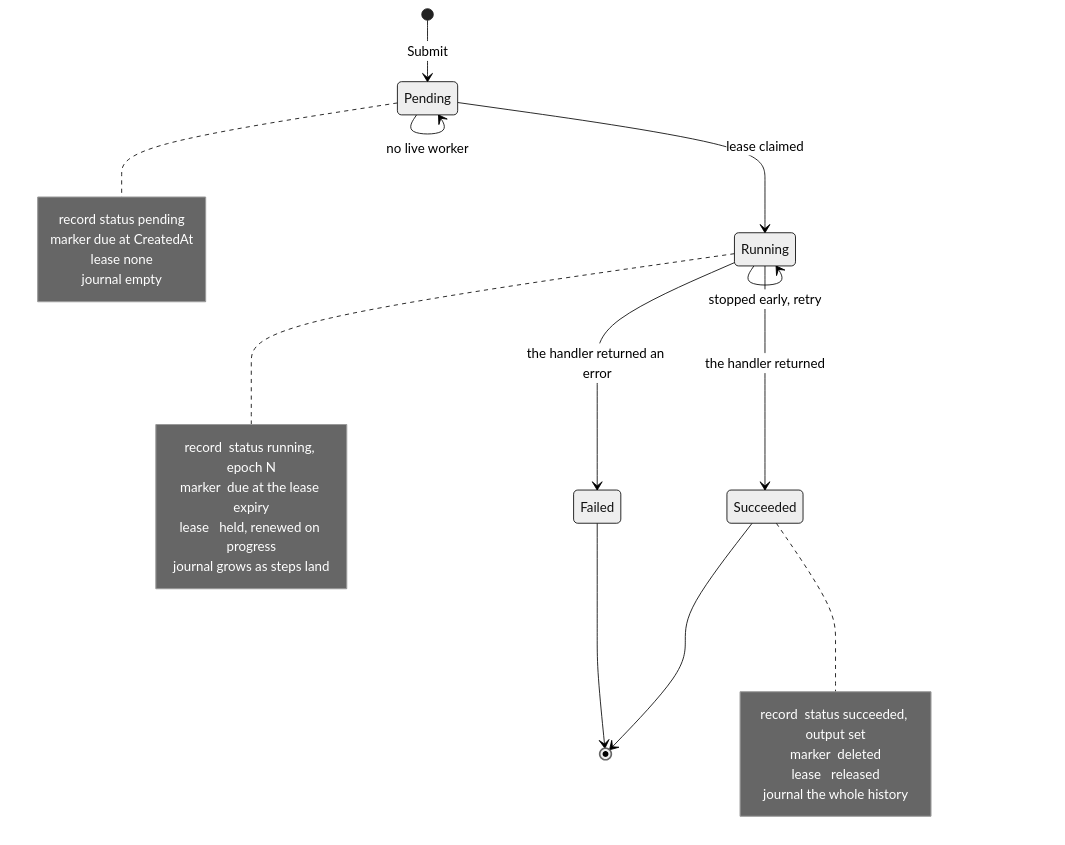
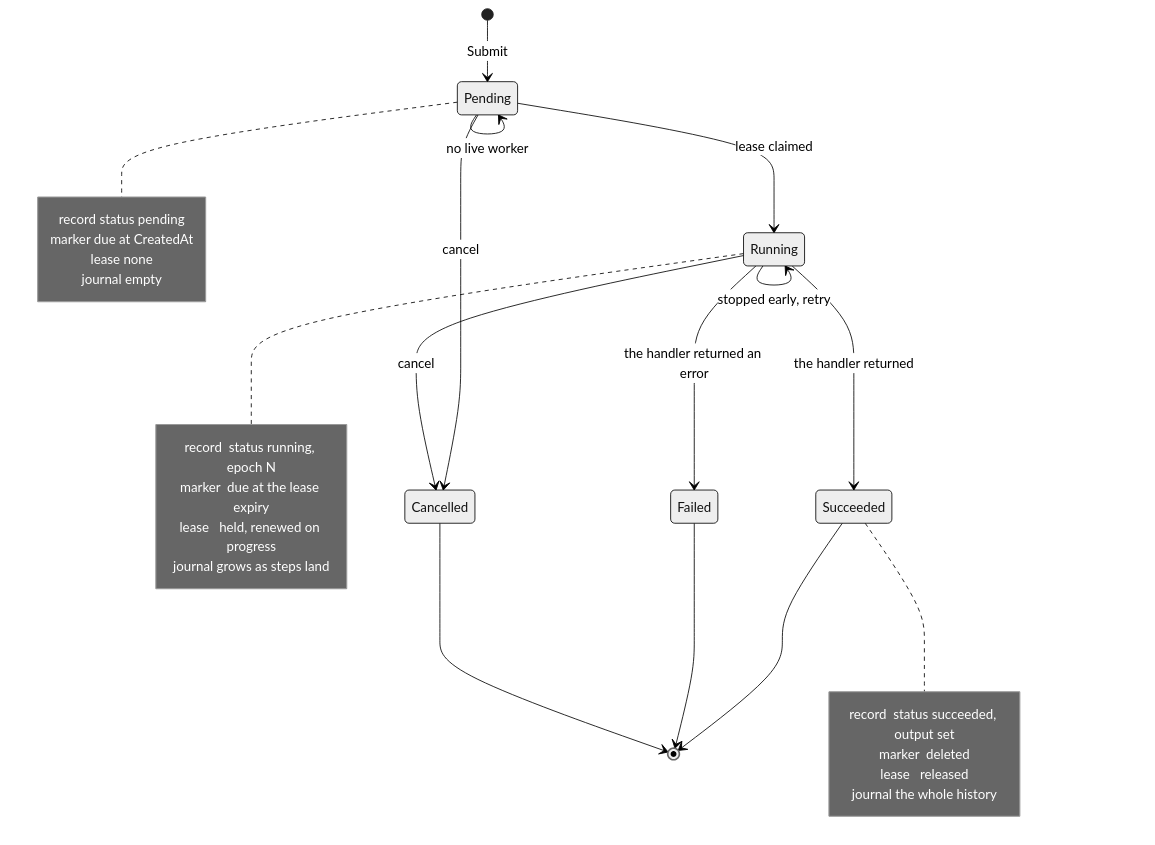
The first of 3 diagrams in docs/invocation-states.md (mvaleed/keel), drawn with Mermaid (neutral theme) before and after one commit. The commit also changed other lines of this file and 12 other files, not shown here.

````diff
--- a/docs/invocation-states.md
+++ b/docs/invocation-states.md
@@ -10,37 +10,40 @@
 ```mermaid
 stateDiagram-v2
     direction TB
 
     [*] --> Pending: Submit
 
     Pending --> Pending: no live worker
     Pending --> Running: lease claimed
 
     Running --> Running: stopped early, retry
     Running --> Succeeded: the handler returned
     Running --> Failed: the handler returned an error
+    Pending --> Cancelled: cancel
+    Running --> Cancelled: cancel
 
     Succeeded --> [*]
     Failed --> [*]
+    Cancelled --> [*]
 
     note right of Pending
         record  status pending
         marker  due at CreatedAt
         lease   none
         journal empty
     end note
 
     note right of Running
         record  status running, epoch N
         marker  due at the lease expiry
         lease   held, renewed on progress
         journal grows as steps land
     end note
 
     note right of Succeeded
         record  status succeeded, output set
         marker  deleted
         lease   released
         journal the whole history
     end note
 ```
````
